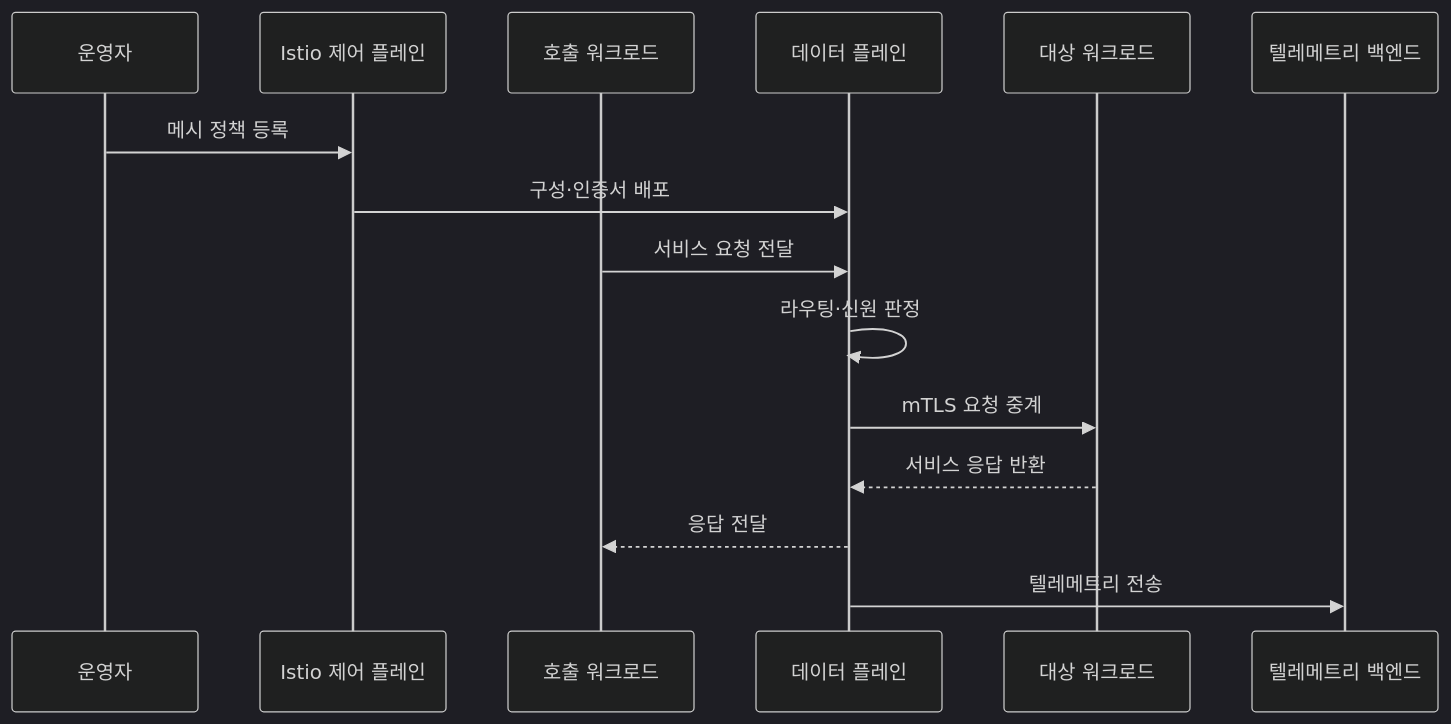
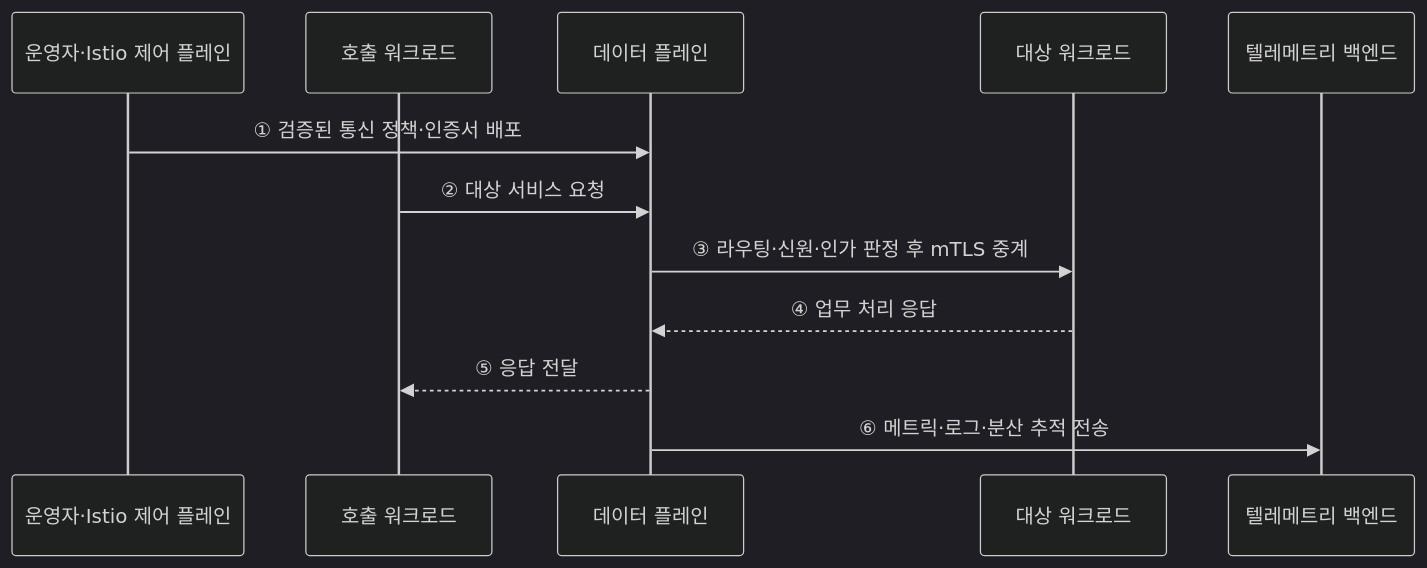
One commit to agnusdei1207/knowledge-base changed the second of 2 diagrams in src/content/docs/notes/03-software/042_service_mesh.md. Above: the diagram before and after it, drawn with Mermaid (dark theme). The commit also changed other lines of this file and 20 other files, not shown here.

````diff
--- a/src/content/docs/notes/03-software/042_service_mesh.md
+++ b/src/content/docs/notes/03-software/042_service_mesh.md
@@ -96,17 +89,14 @@
 ```mermaid
 sequenceDiagram
-    participant O as 운영자
-    participant C as Istio 제어 플레인
+    participant O as 운영자·Istio 제어 플레인
     participant W as 호출 워크로드
     participant D as 데이터 플레인
     participant S as 대상 워크로드
     participant T as 텔레메트리 백엔드
-    O->>C: 메시 정책 등록
-    C->>D: 구성·인증서 배포
-    W->>D: 서비스 요청 전달
-    D->>D: 라우팅·신원 판정
-    D->>S: mTLS 요청 중계
-    S-->>D: 서비스 응답 반환
-    D-->>W: 응답 전달
-    D->>T: 텔레메트리 전송
+    O->>D: ① 검증된 통신 정책·인증서 배포
+    W->>D: ② 대상 서비스 요청
+    D->>S: ③ 라우팅·신원·인가 판정 후 mTLS 중계
+    S-->>D: ④ 업무 처리 응답
+    D-->>W: ⑤ 응답 전달
+    D->>T: ⑥ 메트릭·로그·분산 추적 전송
 ```
````
